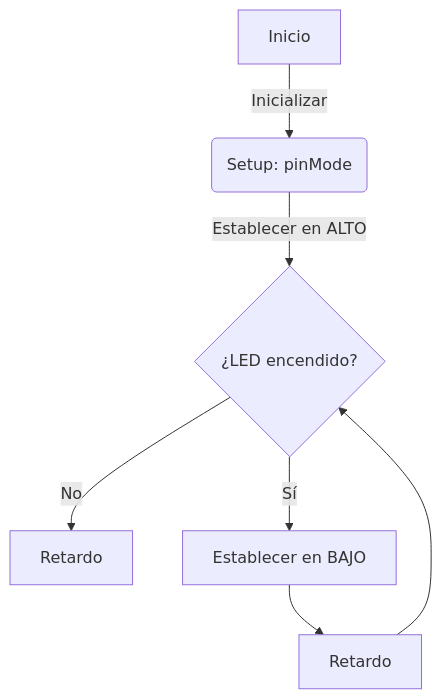
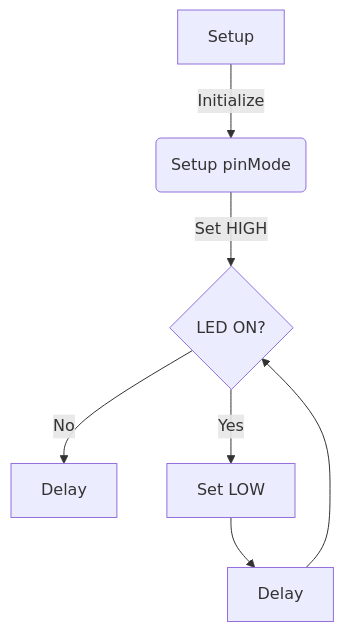
The first of 2 diagrams in README.md (XaviFdez/Practica1), drawn with Mermaid before and after one commit.

````diff
--- a/README.md
+++ b/README.md
@@ -171,9 +171,10 @@
 ```mermaid
 graph TD
-    A[Inicio] -->|Inicializar| B(Setup: pinMode)
-    B -->|Establecer en ALTO| C{¿LED encendido?}
-    C -- No --> D[Retardo]
-    C -- Sí --> E[Establecer en BAJO]
-    E --> F[Retardo]
+    A[Setup] -->|Initialize| B(Setup pinMode)
+    B -->|Set HIGH| C{LED ON?}
+    C -- No --> D[Delay]
+    C -- Yes --> E[Set LOW]
+    E --> F[Delay]
     F --> C
+
 ```
````
